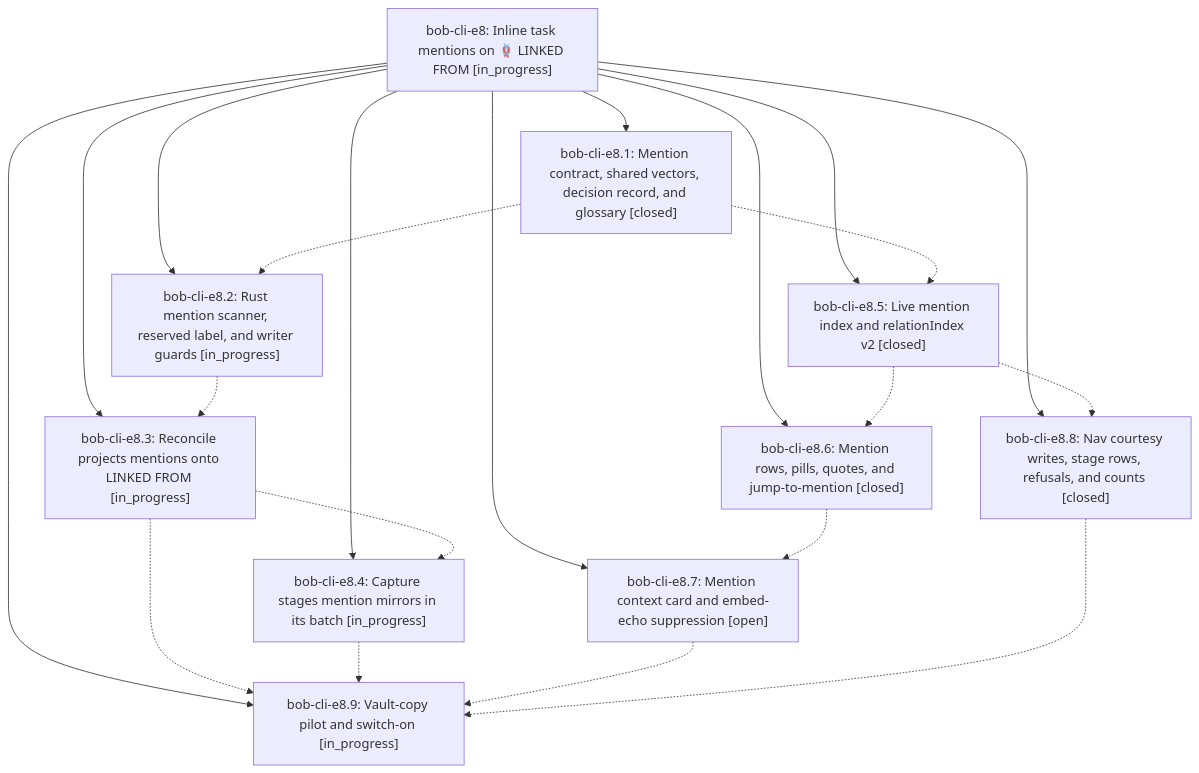
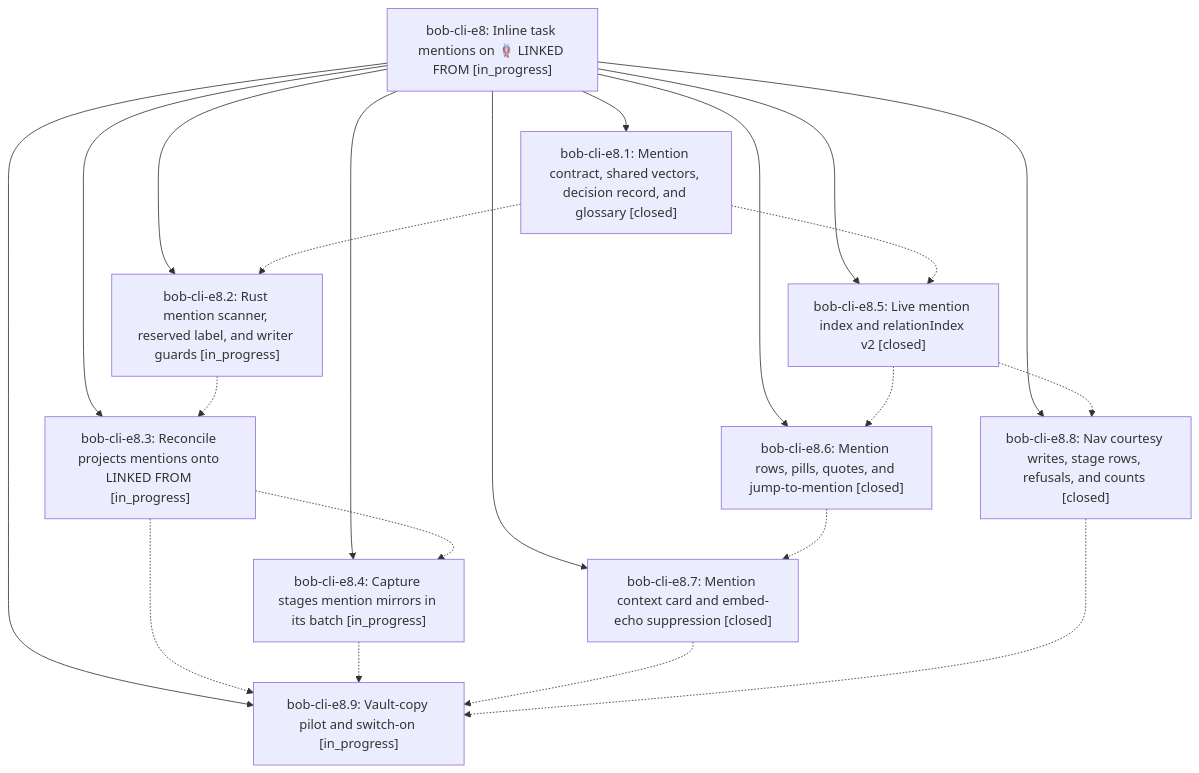
The diagram in pages/bob-cli-e8/README.md (bobs-org/bob-cli--beads), drawn with Mermaid before and after one commit. The commit also changed other lines of this file and 5 other files, not shown here.

First line of the commit message:
chore(beads): sync bead state and pages for bob-cli-e8

````diff
--- a/pages/bob-cli-e8/README.md
+++ b/pages/bob-cli-e8/README.md
@@ -44,33 +44,33 @@
 ```mermaid
 flowchart TD
     n0["bob-cli-e8: Inline task mentions on 🪢 LINKED FROM [in_progress]"]
     n1["bob-cli-e8.1: Mention contract, shared vectors, decision record, and glossary [closed]"]
     n2["bob-cli-e8.2: Rust mention scanner, reserved label, and writer guards [in_progress]"]
     n3["bob-cli-e8.3: Reconcile projects mentions onto LINKED FROM [in_progress]"]
     n4["bob-cli-e8.4: Capture stages mention mirrors in its batch [in_progress]"]
     n5["bob-cli-e8.5: Live mention index and relationIndex v2 [closed]"]
     n6["bob-cli-e8.6: Mention rows, pills, quotes, and jump-to-mention [closed]"]
-    n7["bob-cli-e8.7: Mention context card and embed-echo suppression [open]"]
+    n7["bob-cli-e8.7: Mention context card and embed-echo suppression [closed]"]
     n8["bob-cli-e8.8: Nav courtesy writes, stage rows, refusals, and counts [closed]"]
     n9["bob-cli-e8.9: Vault-copy pilot and switch-on [in_progress]"]
     n0 --> n1
     n0 --> n2
     n0 --> n3
     n0 --> n4
     n0 --> n5
     n0 --> n6
     n0 --> n7
     n0 --> n8
     n0 --> n9
     n1 -.-> n2
     n1 -.-> n5
     n2 -.-> n3
     n3 -.-> n4
     n3 -.-> n9
     n4 -.-> n9
     n5 -.-> n6
     n5 -.-> n8
     n6 -.-> n7
     n7 -.-> n9
     n8 -.-> n9
 ```
````
